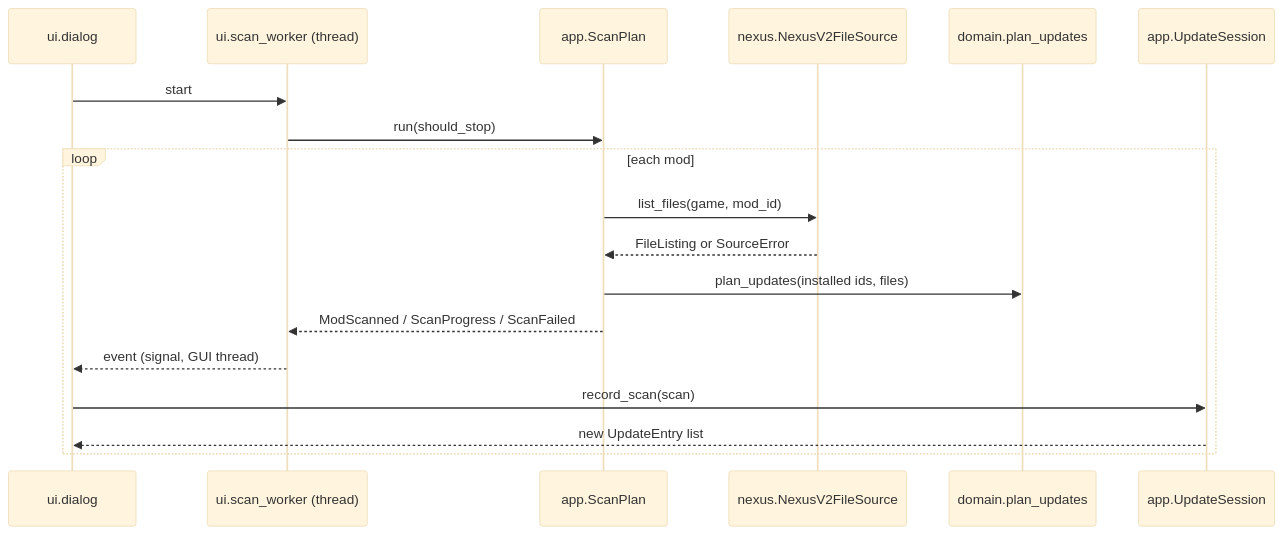
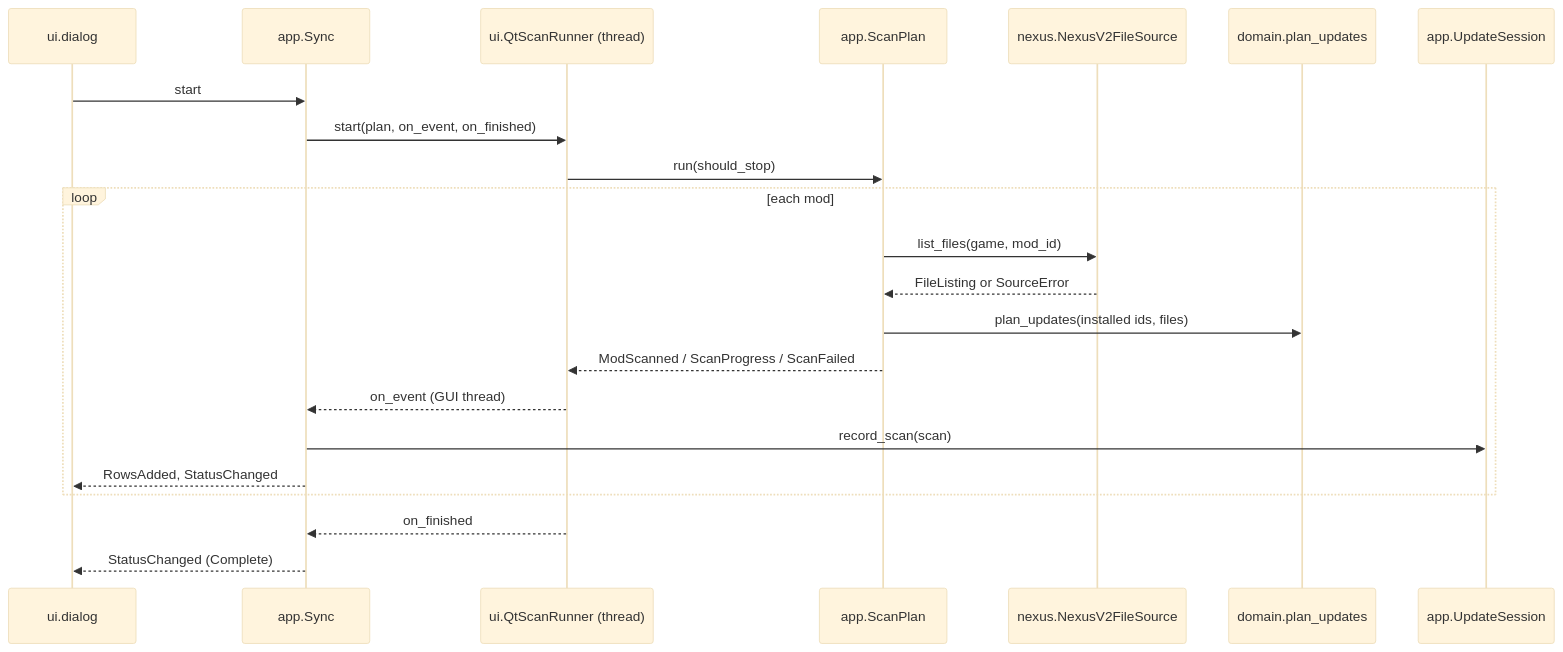
The second of 3 diagrams in ARCH.md (bnwa/mo2-nexus-auto-update), drawn with Mermaid (base theme) before and after one commit. The commit also changed other lines of this file and 10 other files, not shown here.

````diff
--- a/ARCH.md
+++ b/ARCH.md
@@ -142,20 +143,24 @@
 ```mermaid
 sequenceDiagram
     participant UI as ui.dialog
-    participant W as ui.scan_worker (thread)
+    participant Y as app.Sync
+    participant W as ui.QtScanRunner (thread)
     participant Scan as app.ScanPlan
     participant Src as nexus.NexusV2FileSource
     participant Dom as domain.plan_updates
     participant S as app.UpdateSession
-    UI->>W: start
+    UI->>Y: start
+    Y->>W: start(plan, on_event, on_finished)
     W->>Scan: run(should_stop)
     loop each mod
         Scan->>Src: list_files(game, mod_id)
         Src-->>Scan: FileListing or SourceError
         Scan->>Dom: plan_updates(installed ids, files)
         Scan-->>W: ModScanned / ScanProgress / ScanFailed
-        W-->>UI: event (signal, GUI thread)
-        UI->>S: record_scan(scan)
-        S-->>UI: new UpdateEntry list
+        W-->>Y: on_event (GUI thread)
+        Y->>S: record_scan(scan)
+        Y-->>UI: RowsAdded, StatusChanged
     end
+    W-->>Y: on_finished
+    Y-->>UI: StatusChanged (Complete)
 ```
````
